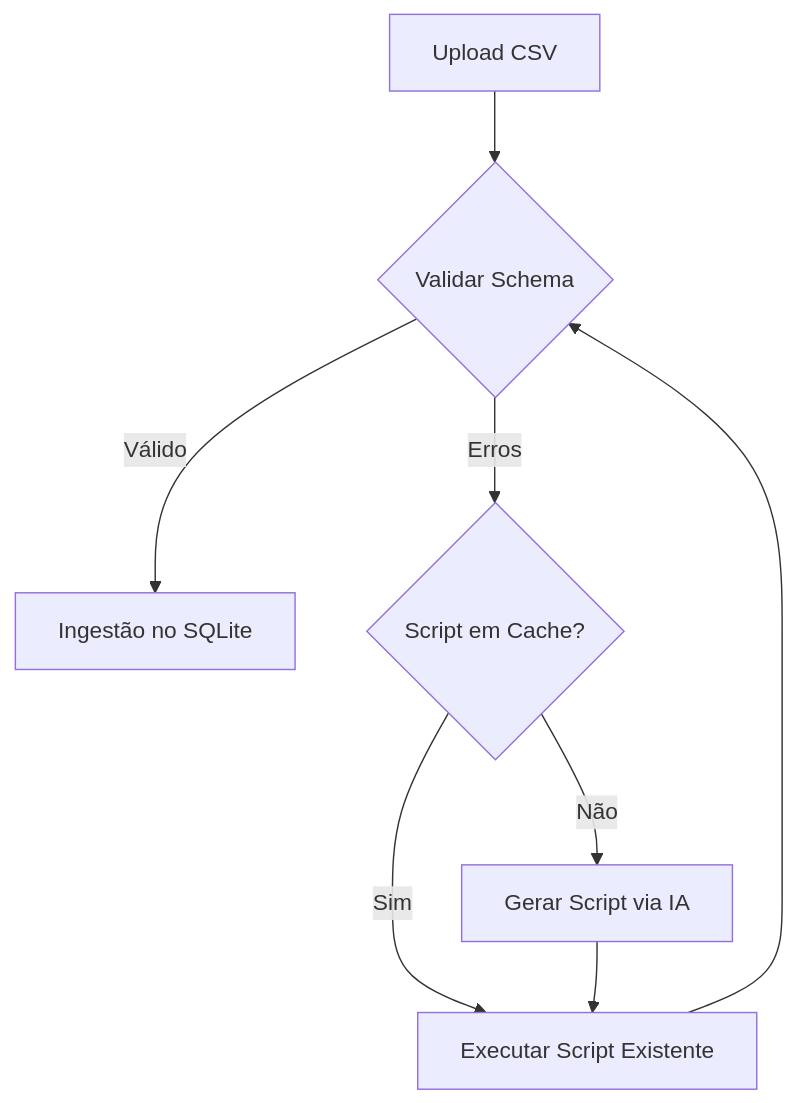
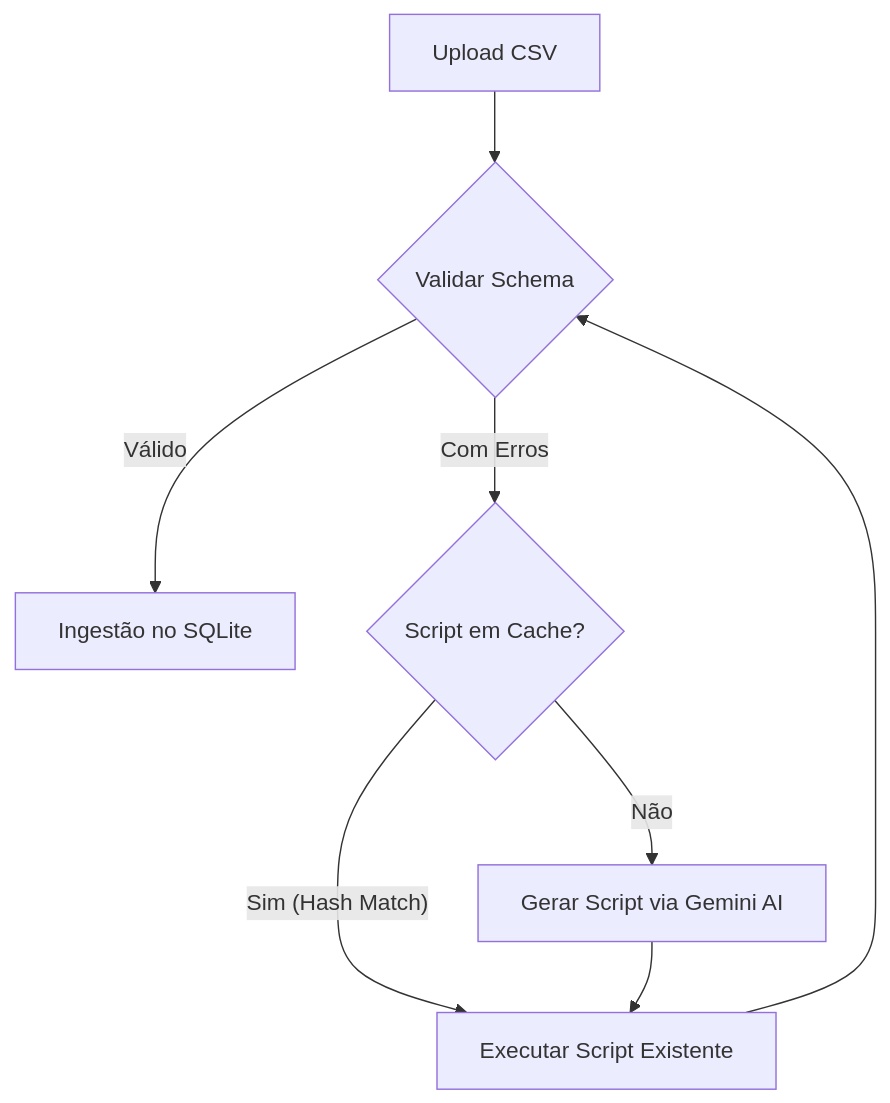
The diagram in README.md (GPetrolini/desafio-franq), drawn with Mermaid before and after one commit. The commit also changed other lines of this file, not shown here.

Commit message:
docs: Finaliza README com badges visuais e padronização da stack

````diff
--- a/README.md
+++ b/README.md
@@ -40,10 +49,10 @@
 ```mermaid
 graph TD
     A[Upload CSV] --> B{Validar Schema}
     B -- Válido --> F[Ingestão no SQLite]
-    B -- Erros --> C{Script em Cache?}
-    C -- Sim --> D[Executar Script Existente]
-    C -- Não --> E[Gerar Script via IA]
+    B -- Com Erros --> C{Script em Cache?}
+    C -- Sim (Hash Match) --> D[Executar Script Existente]
+    C -- Não --> E[Gerar Script via Gemini AI]
     E --> D
     D --> B
 ```
````
